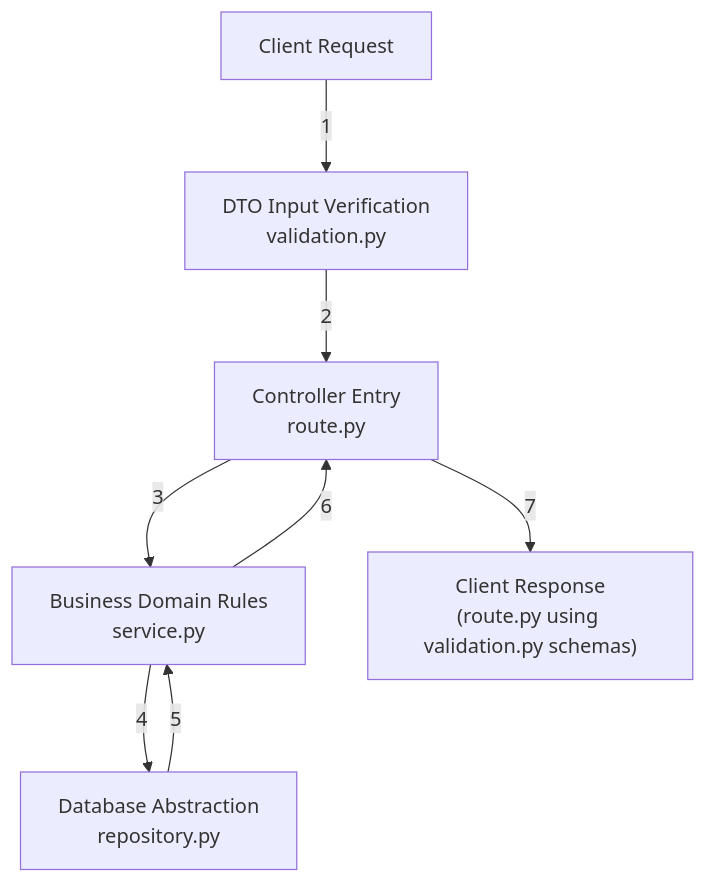
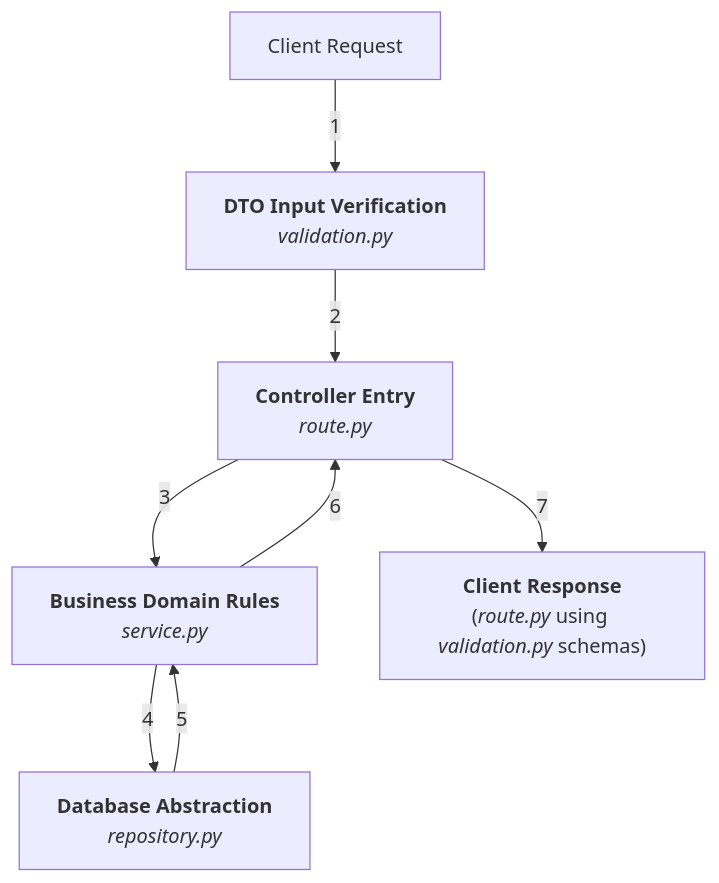
One commit to PenAndPapers/learnify.edu changed the diagram in backend/fastapi/app/README.md. Above: the diagram before and after it, drawn with Mermaid. The commit also changed other lines of this file, not shown here.

Commit message:
docs: update data flow text styling

````diff
--- a/backend/fastapi/app/README.md
+++ b/backend/fastapi/app/README.md
@@ -61,22 +61,22 @@
 ```mermaid
 flowchart TD
   request["Client Request"]
-  validation["`DTO Input Verification
-  validation.py`"]
-  controller["`Controller Entry
-  route.py`"]
-  service["`Business Domain Rules
-  service.py`"]
-  repository["`Database Abstraction
-  repository.py`"]
-  response["`Client Response
-  (route.py using validation.py schemas)`"]
+  validation["`**DTO Input Verification**
+  _validation.py_`"]
+  controller["`**Controller Entry**
+  _route.py_`"]
+  service["`**Business Domain Rules**
+  _service.py_`"]
+  repository["`**Database Abstraction**
+  _repository.py_`"]
+  response["`**Client Response**
+  (_route.py_ using _validation.py_ schemas)`"]
 
   request -- "1" --> validation
   validation -- "2" --> controller
   controller -- "3" --> service
   service -- "4" --> repository
   repository -- "5" --> service
   service -- "6" --> controller
   controller -- "7" --> response
 ```
````
